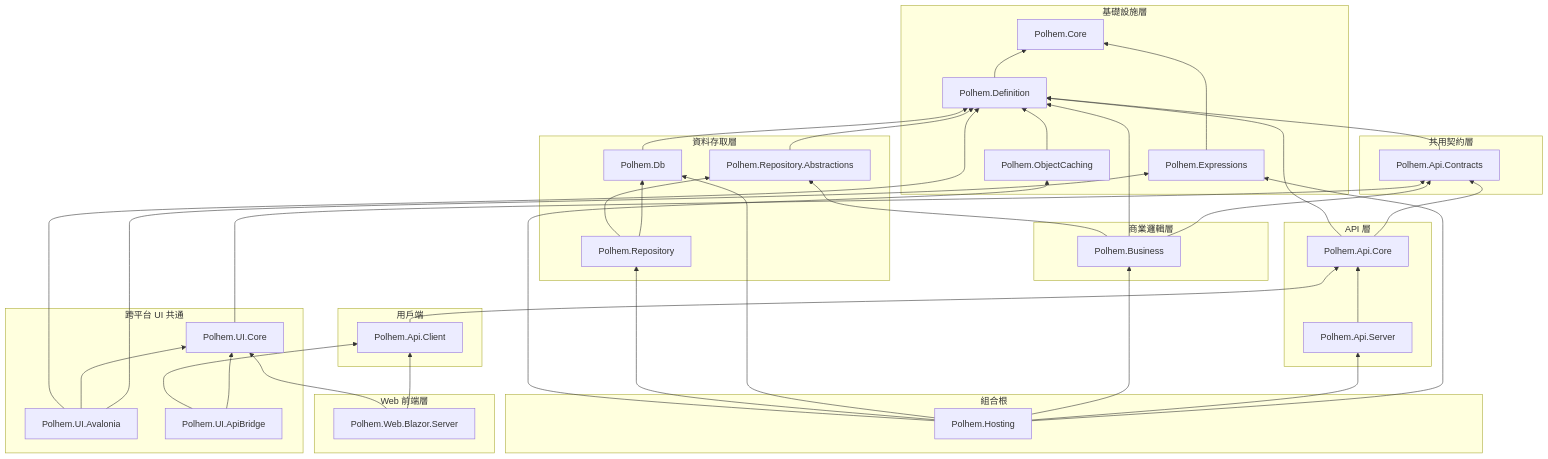
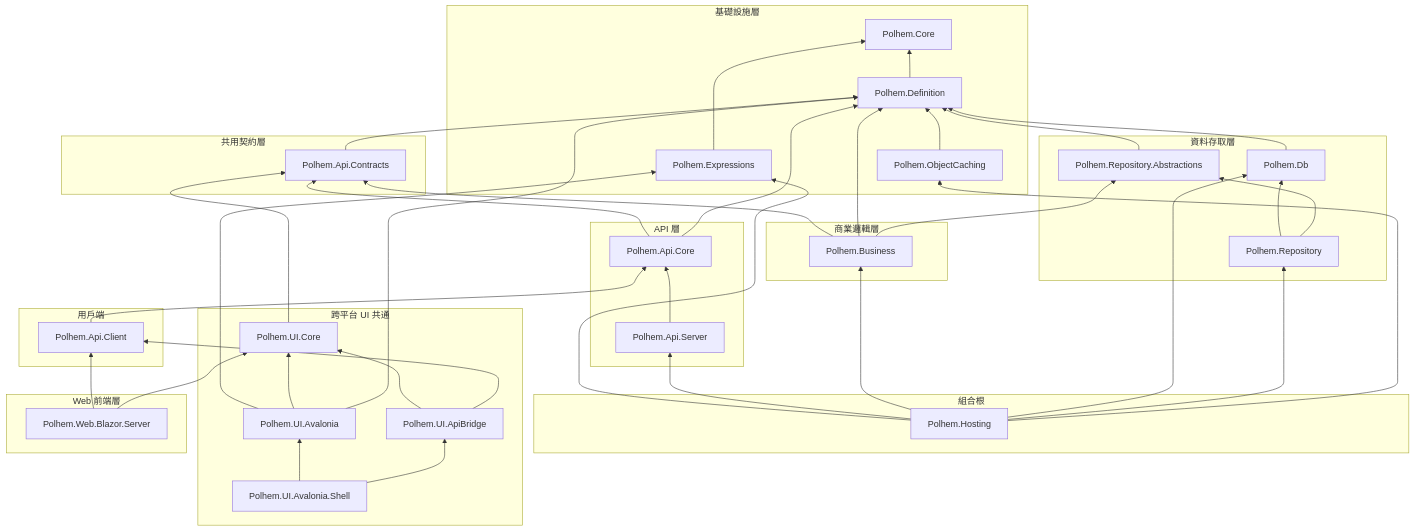
One commit to polhem-dev/polhem changed the diagram in docs/zh-TW/architecture/dependency-map.md. Above: the diagram before and after it, drawn with Mermaid. The commit also changed other lines of this file and 83 other files, not shown here.

First line of the commit message:
Add the Avalonia front-end shell Polhem.UI.Avalonia.Shell (#135)

````diff
--- a/docs/zh-TW/architecture/dependency-map.md
+++ b/docs/zh-TW/architecture/dependency-map.md
@@ -15,76 +15,79 @@
 ```mermaid
 graph BT
   subgraph 基礎設施層
     Base["Polhem.Core"]
     Expressions["Polhem.Expressions"]
     Definition["Polhem.Definition"]
     Caching["Polhem.ObjectCaching"]
   end
 
   subgraph 資料存取層
     RepoAbs["Polhem.Repository.Abstractions"]
     Db["Polhem.Db"]
     Repo["Polhem.Repository"]
   end
 
   subgraph 商業邏輯層
     Business["Polhem.Business"]
   end
 
   subgraph SharedContracts [共用契約層]
     Contracts["Polhem.Api.Contracts"]
   end
 
   subgraph API 層
     Core["Polhem.Api.Core"]
     Server["Polhem.Api.Server"]
   end
 
   subgraph CompositionRoot [組合根]
     Hosting["Polhem.Hosting"]
   end
 
   subgraph 用戶端
     Client["Polhem.Api.Client"]
   end
 
   subgraph 跨平台 UI 共通
     UICore["Polhem.UI.Core"]
     UIAvalonia["Polhem.UI.Avalonia"]
     UIApiBridge["Polhem.UI.ApiBridge"]
+    UIShell["Polhem.UI.Avalonia.Shell"]
   end
 
   subgraph Web 前端層
     BlazorSrv["Polhem.Web.Blazor.Server"]
   end
 
   Definition --> Base
   Expressions --> Base
   Hosting --> Expressions
   UIAvalonia --> Expressions
   Contracts --> Definition
   Db --> Definition
   RepoAbs --> Definition
   Caching --> Definition
   Business --> Contracts
   Business --> Definition
   Business --> RepoAbs
   Repo --> Db
   Repo --> RepoAbs
   Core --> Contracts
   Core --> Definition
   Server --> Core
   Hosting --> Server
   Hosting --> Business
   Hosting --> Db
   Hosting --> Repo
   Hosting --> Caching
   Client --> Core
   UICore --> Contracts
   UIAvalonia --> UICore
   UIAvalonia --> Definition
   UIApiBridge --> UICore
   UIApiBridge --> Client
+  UIShell --> UIAvalonia
+  UIShell --> UIApiBridge
   BlazorSrv --> Client
   BlazorSrv --> UICore
 ```
````
